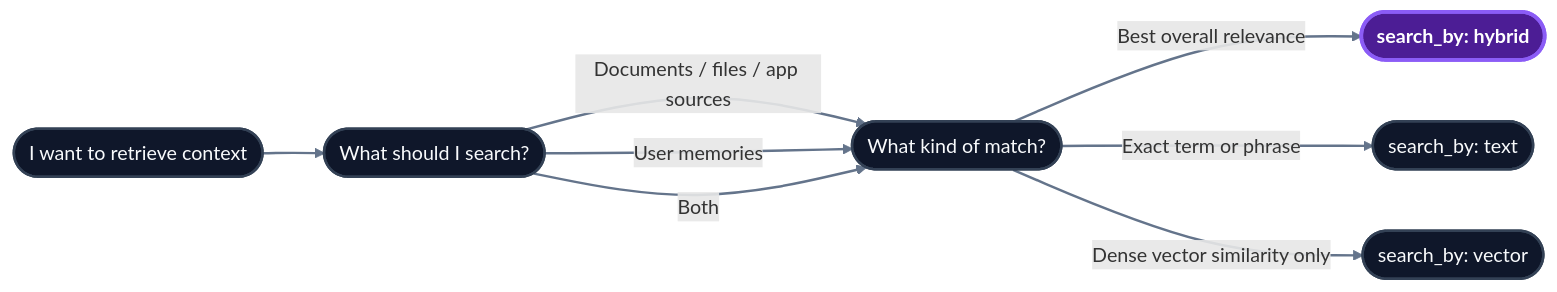
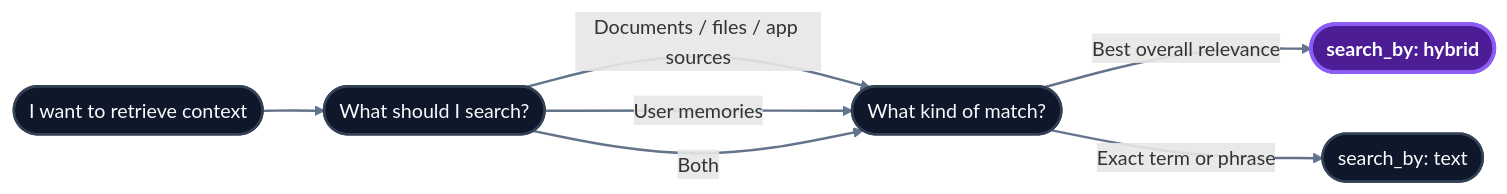
The diagram in api-reference/v2/endpoint/search-overview.mdx (rupamghosh2006/mintlify-docs), drawn with Mermaid before and after one commit. The commit also changed other lines of this file and 6 other files, not shown here.

Commit message:
docs(v2): remove vector search option

````diff
--- a/api-reference/v2/endpoint/search-overview.mdx
+++ b/api-reference/v2/endpoint/search-overview.mdx
@@ -10,25 +10,23 @@
 ```mermaid
 flowchart LR
 
 classDef standard fill:#0f172a,stroke:#334155,stroke-width:2px,color:#f8fafc;
 classDef innovation fill:#4c1d95,stroke:#8b5cf6,stroke-width:3px,color:#ffffff,font-weight:bold;
 
 Q([I want to retrieve context])
 S([What should I search?])
 M([What kind of match?])
 H([search_by: hybrid])
 T([search_by: text])
-V([search_by: vector])
 
 Q --> S
 S -- "Documents / files / app sources" --> M
 S -- "User memories" --> M
 S -- "Both" --> M
 M -- "Best overall relevance" --> H
 M -- "Exact term or phrase" --> T
-M -- "Dense vector similarity only" --> V
 
-class Q,S,M,T,V standard;
+class Q,S,M,T standard;
 class H innovation;
 linkStyle default stroke:#64748b,stroke-width:2px;
 ```
````
